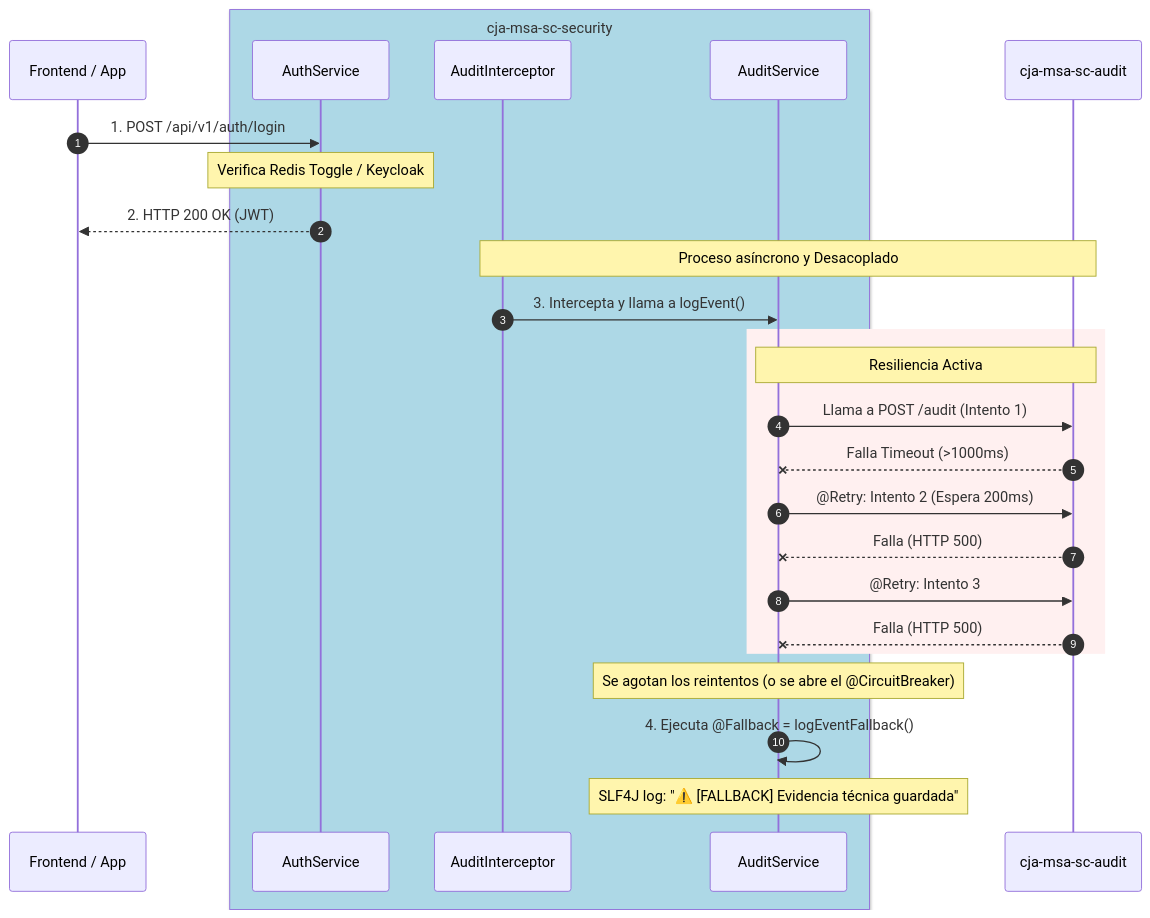
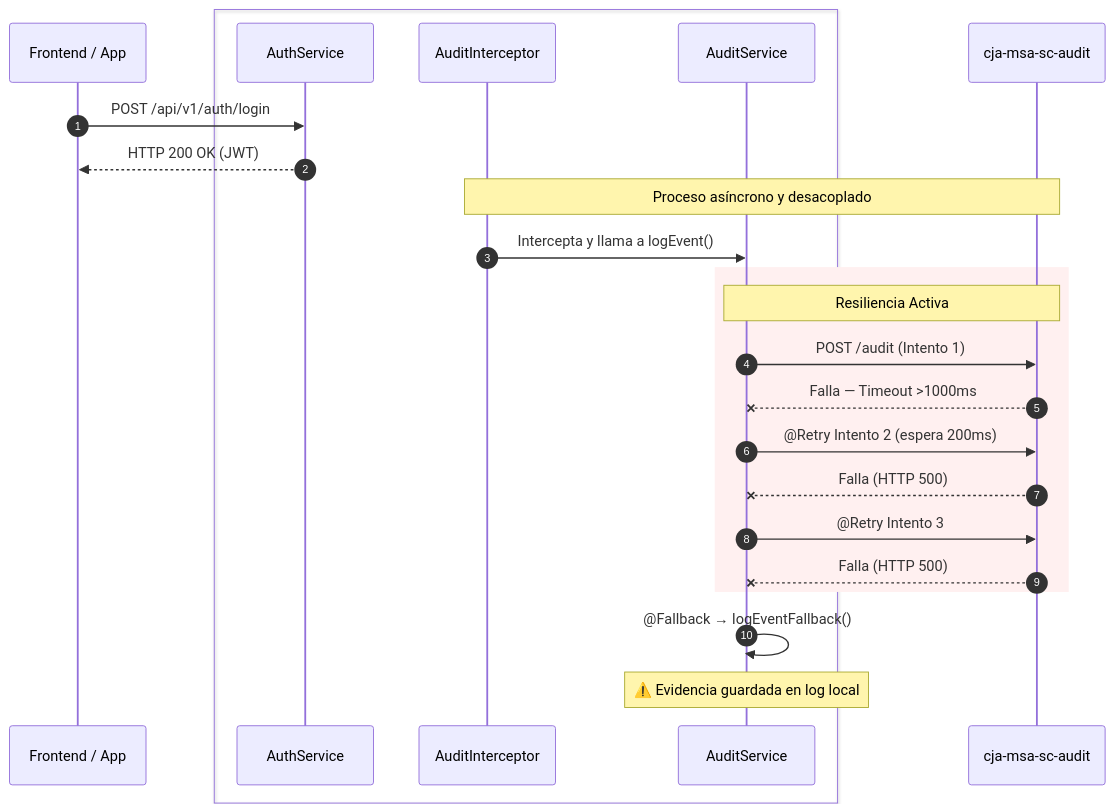
Before and after one commit to teamdroid-trainer/docs-docusaurus-trainer: the fifth of 5 diagrams in docs/backend-java-quarkus/05-resiliencia/fault-tolerance.md, drawn with Mermaid. The commit also changed other lines of this file and 35 other files, not shown here.

````diff
--- a/docs/backend-java-quarkus/05-resiliencia/fault-tolerance.md
+++ b/docs/backend-java-quarkus/05-resiliencia/fault-tolerance.md
@@ -191,34 +188,30 @@
 ```mermaid
 sequenceDiagram
     autonumber
     participant Cliente as Frontend / App
-    box lightblue cja-msa-sc-security
+    box #f8f9fa cja-msa-sc-security
         participant Auth as AuthService
         participant AOP as AuditInterceptor
         participant AuditSvc as AuditService
     end
     participant AuditMSA as cja-msa-sc-audit
 
-    Cliente->>Auth: 1. POST /api/v1/auth/login
-    Note over Auth: Verifica Redis Toggle / Keycloak
-    Auth-->>Cliente: 2. HTTP 200 OK (JWT)
+    Cliente->>Auth: POST /api/v1/auth/login
+    Auth-->>Cliente: HTTP 200 OK (JWT)
 
-    Note over AOP, AuditMSA: Proceso asíncrono y Desacoplado
-    AOP->>AuditSvc: 3. Intercepta y llama a logEvent()
+    Note over AOP, AuditMSA: Proceso asíncrono y desacoplado
+    AOP->>AuditSvc: Intercepta y llama a logEvent()
 
     rect rgb(255, 240, 240)
         Note over AuditSvc, AuditMSA: Resiliencia Activa
-        AuditSvc->>AuditMSA: Llama a POST /audit (Intento 1)
-        AuditMSA--xAuditSvc: Falla Timeout (>1000ms)
-
-        AuditSvc->>AuditMSA: @Retry: Intento 2 (Espera 200ms)
+        AuditSvc->>AuditMSA: POST /audit (Intento 1)
+        AuditMSA--xAuditSvc: Falla — Timeout >1000ms
+        AuditSvc->>AuditMSA: @Retry Intento 2 (espera 200ms)
         AuditMSA--xAuditSvc: Falla (HTTP 500)
-
-        AuditSvc->>AuditMSA: @Retry: Intento 3
+        AuditSvc->>AuditMSA: @Retry Intento 3
         AuditMSA--xAuditSvc: Falla (HTTP 500)
     end
 
-    Note over AuditSvc: Se agotan los reintentos (o se abre el @CircuitBreaker)
-    AuditSvc->>AuditSvc: 4. Ejecuta @Fallback = logEventFallback()
-    Note over AuditSvc: SLF4J log: "⚠️ [FALLBACK] Evidencia técnica guardada"
+    AuditSvc->>AuditSvc: @Fallback → logEventFallback()
+    Note over AuditSvc: ⚠️ Evidencia guardada en log local
 ```
````
